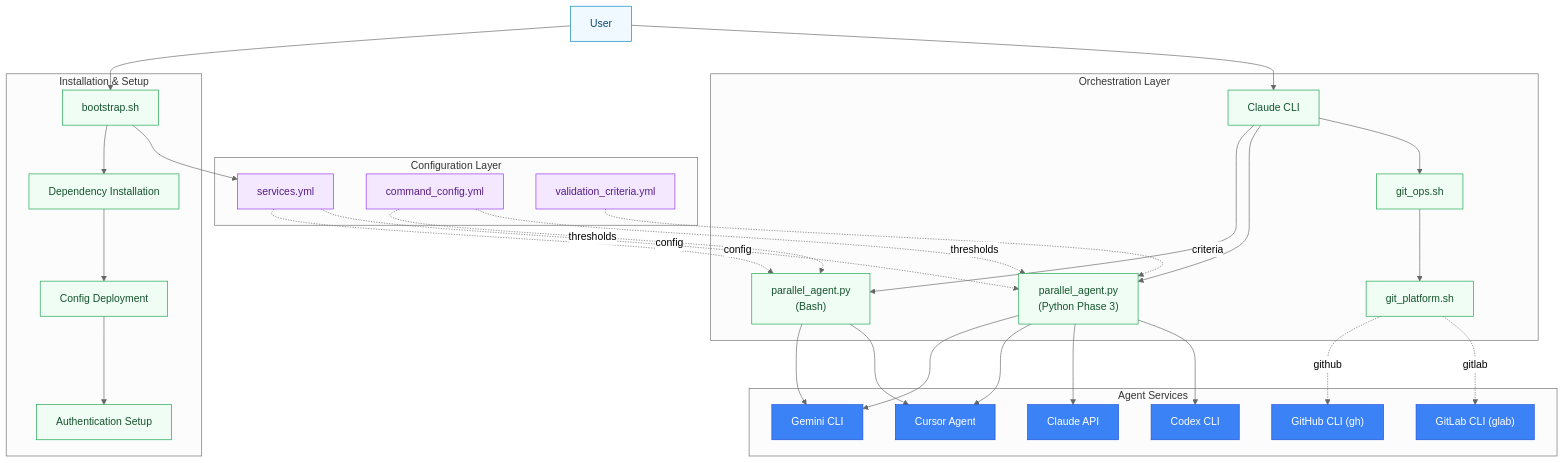
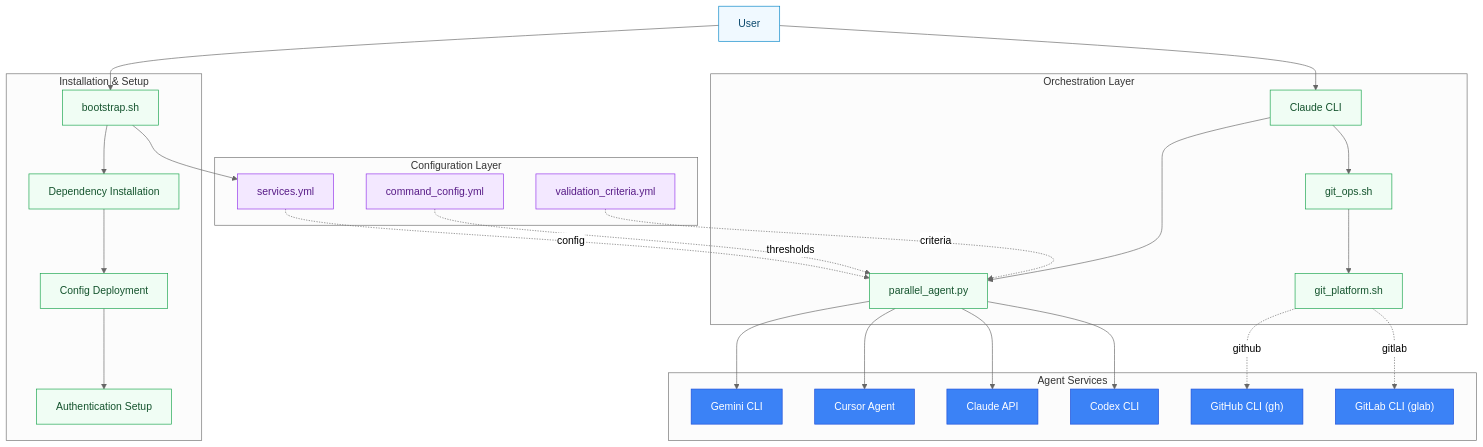
Before and after one commit to RB-chrismandich/Manifest: the first of 13 diagrams in docs/ARCHITECTURE_DIAGRAMS.md, drawn with Mermaid. The commit also changed other lines of this file and 9 other files, not shown here.

````diff
--- a/docs/ARCHITECTURE_DIAGRAMS.md
+++ b/docs/ARCHITECTURE_DIAGRAMS.md
@@ -32,65 +32,59 @@
 ```mermaid
 %%{init: {'theme':'neutral'}}%%
 flowchart TB
     classDef input fill:#f0f9ff,stroke:#0284c7,color:#0c4a6e
     classDef process fill:#f0fdf4,stroke:#16a34a,color:#14532d
     classDef output fill:#fef3c7,stroke:#d97706,color:#78350f
     classDef config fill:#f3e8ff,stroke:#9333ea,color:#581c87
     classDef external fill:#3b82f6,stroke:#1d4ed8,color:#fff
 
     USER["User"]:::input
     BOOTSTRAP["bootstrap.sh"]:::process
     CLAUDE_CLI["Claude CLI"]:::process
 
     subgraph "Installation & Setup"
         BOOTSTRAP
         INSTALL["Dependency Installation"]:::process
         DEPLOY["Config Deployment"]:::process
         AUTH["Authentication Setup"]:::process
         BOOTSTRAP --> INSTALL --> DEPLOY --> AUTH
     end
 
     subgraph "Configuration Layer"
         SERVICES["services.yml"]:::config
         COMMAND_CFG["command_config.yml"]:::config
         VALIDATION_CFG["validation_criteria.yml"]:::config
     end
 
     subgraph "Orchestration Layer"
         CLAUDE_CLI
-        PARALLEL_BASH["parallel_agent.py<br/>(Bash)"]:::process
-        PARALLEL_PY["parallel_agent.py<br/>(Python Phase 3)"]:::process
+        PARALLEL_PY["parallel_agent.py"]:::process
         GIT_PLATFORM["git_platform.sh"]:::process
         GIT_OPS["git_ops.sh"]:::process
     end
 
     subgraph "Agent Services"
         GEMINI["Gemini CLI"]:::external
         CURSOR["Cursor Agent"]:::external
         CLAUDE_API["Claude API"]:::external
         CODEX["Codex CLI"]:::external
         GH["GitHub CLI (gh)"]:::external
         GLAB["GitLab CLI (glab)"]:::external
     end
 
     USER --> BOOTSTRAP
     BOOTSTRAP --> SERVICES
     USER --> CLAUDE_CLI
-    CLAUDE_CLI --> PARALLEL_BASH
     CLAUDE_CLI --> PARALLEL_PY
     CLAUDE_CLI --> GIT_OPS
     GIT_OPS --> GIT_PLATFORM
     GIT_PLATFORM -.->|github| GH
     GIT_PLATFORM -.->|gitlab| GLAB
-    PARALLEL_BASH --> GEMINI
-    PARALLEL_BASH --> CURSOR
     PARALLEL_PY --> GEMINI
     PARALLEL_PY --> CURSOR
     PARALLEL_PY --> CLAUDE_API
     PARALLEL_PY --> CODEX
-    SERVICES -.->|config| PARALLEL_BASH
     SERVICES -.->|config| PARALLEL_PY
-    COMMAND_CFG -.->|thresholds| PARALLEL_BASH
     COMMAND_CFG -.->|thresholds| PARALLEL_PY
     VALIDATION_CFG -.->|criteria| PARALLEL_PY
 ```
````
